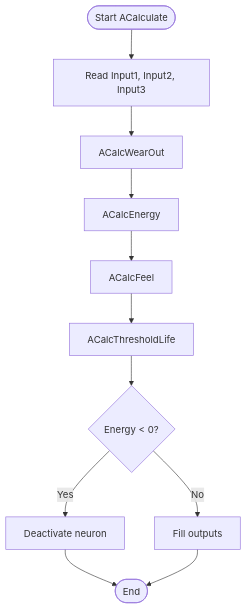
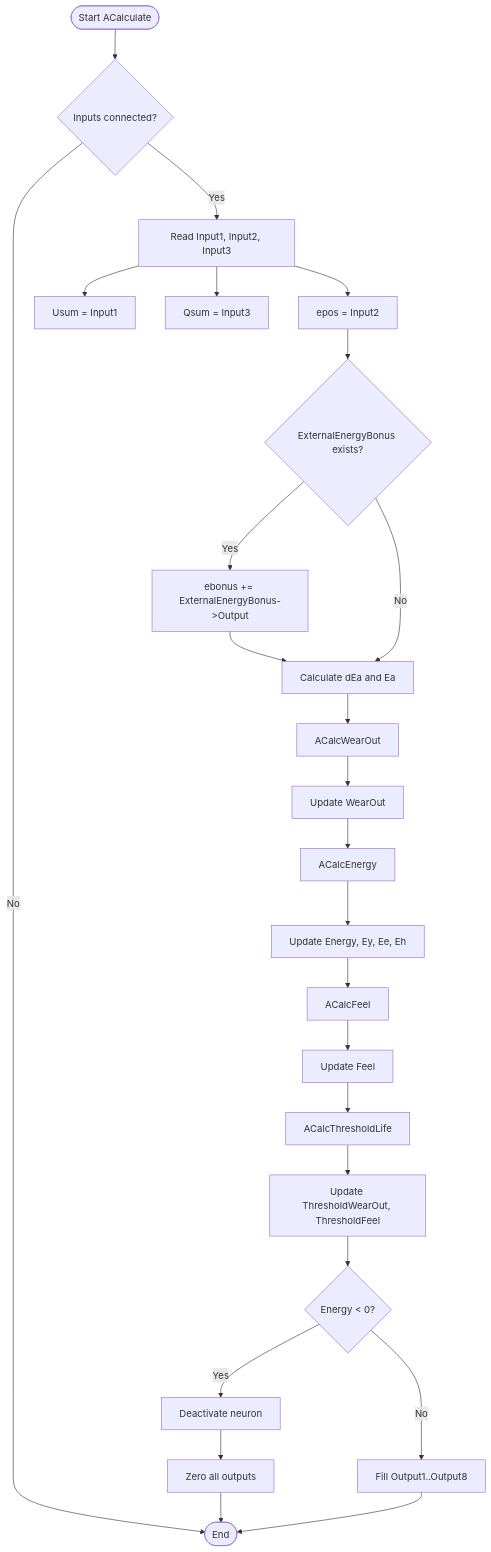
Before and after one commit to aicommunity/Nmsdk-PulseLib: the ninth of 10 diagrams in Docs/Components/NNeuronLife.md, drawn with Mermaid. The commit also changed other lines of this file and 64 other files, not shown here.

First line of the commit message:
docs(pulse): complete bilingual EN quality: mermaid sync, full translations, zero cyrillic in EN

````diff
--- a/Docs/Components/NNeuronLife.md
+++ b/Docs/Components/NNeuronLife.md
@@ -668,13 +762,27 @@
 ```mermaid
 flowchart TD
-    Start([Start ACalculate]) --> ReadInputs[Read Input1, Input2, Input3]
-    ReadInputs --> CalcWearOut[ACalcWearOut]
-    CalcWearOut --> CalcEnergy[ACalcEnergy]
-    CalcEnergy --> CalcFeel[ACalcFeel]
-    CalcFeel --> CalcThresholds[ACalcThresholdLife]
-    CalcThresholds --> CheckEnergy{Energy < 0?}
+    Start([Start ACalculate]) --> CheckInputs{Inputs connected?}
+    CheckInputs -->|No| End([End])
+    CheckInputs -->|Yes| ReadInputs[Read Input1, Input2, Input3]
+    ReadInputs --> SetUsum[Usum = Input1]
+    ReadInputs --> SetQsum[Qsum = Input3]
+    ReadInputs --> GetEpos[epos = Input2]
+    GetEpos --> CheckExternalBonus{ExternalEnergyBonus exists?}
+    CheckExternalBonus -->|Yes| AddExternalBonus[ebonus += ExternalEnergyBonus->Output]
+    CheckExternalBonus -->|No| CalcEa
+    AddExternalBonus --> CalcEa[Calculate dEa and Ea]
+    CalcEa --> CalcWearOut[ACalcWearOut]
+    CalcWearOut --> UpdateWearOut[Update WearOut]
+    UpdateWearOut --> CalcEnergy[ACalcEnergy]
+    CalcEnergy --> UpdateEnergy[Update Energy, Ey, Ee, Eh]
+    UpdateEnergy --> CalcFeel[ACalcFeel]
+    CalcFeel --> UpdateFeel[Update Feel]
+    UpdateFeel --> CalcThresholds[ACalcThresholdLife]
+    CalcThresholds --> UpdateThresholds[Update ThresholdWearOut, ThresholdFeel]
+    UpdateThresholds --> CheckEnergy{Energy < 0?}
     CheckEnergy -->|Yes| Deactivate[Deactivate neuron]
-    CheckEnergy -->|No| FillOutputs[Fill outputs]
-    Deactivate --> End([End])
+    Deactivate --> ZeroOutputs[Zero all outputs]
+    ZeroOutputs --> End
+    CheckEnergy -->|No| FillOutputs[Fill Output1..Output8]
     FillOutputs --> End
 ```
````
